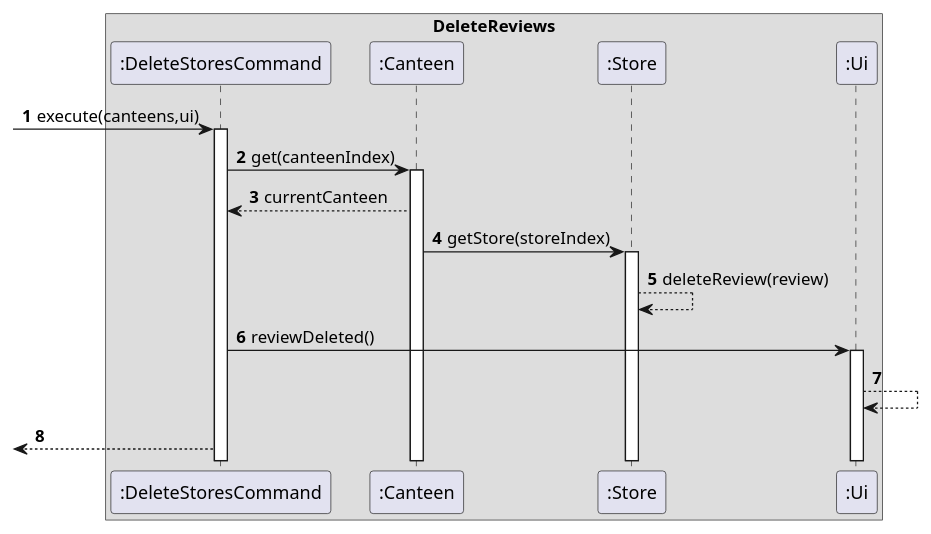
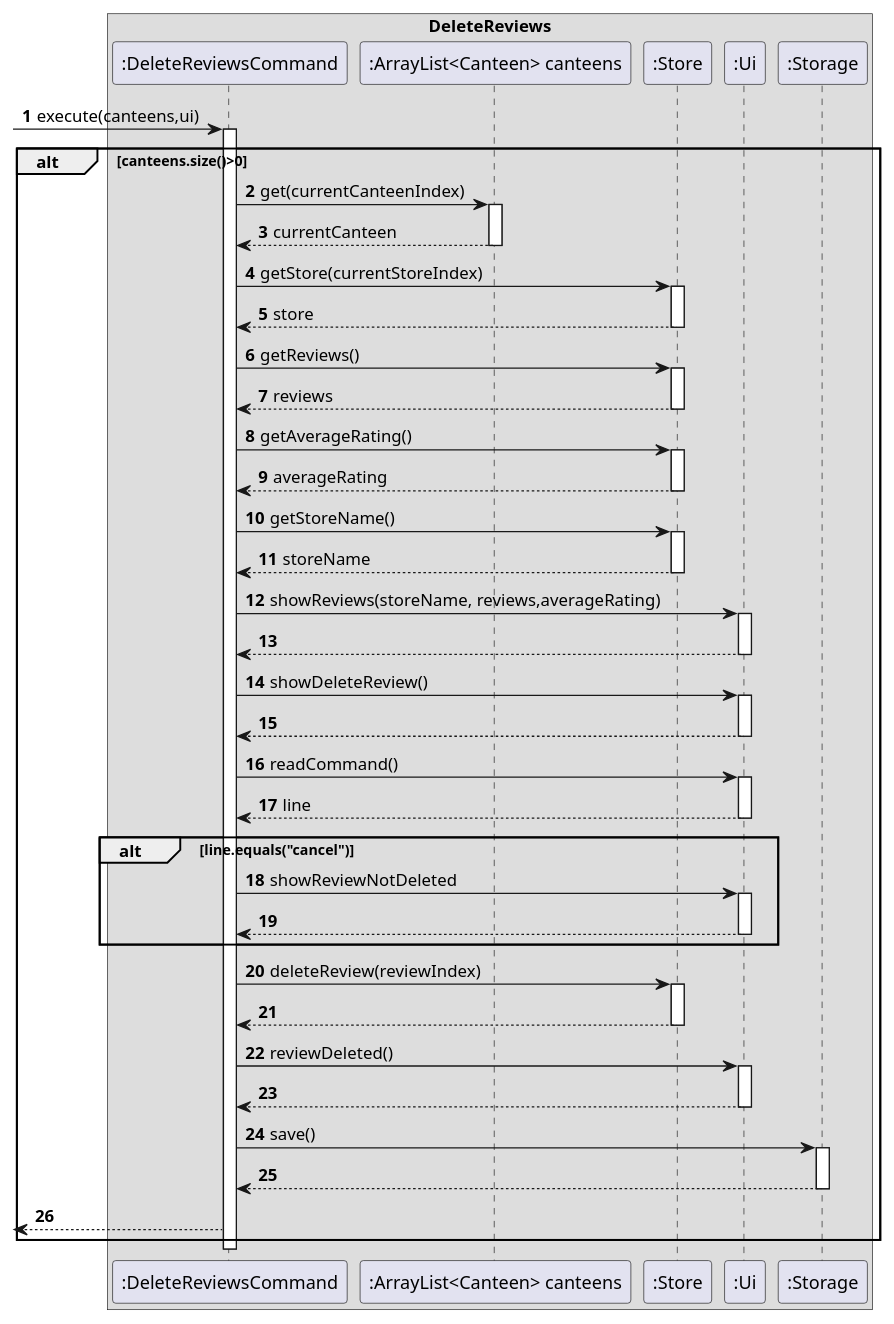
The diagram in docs/PlantUML/DeleteReviews.puml (nus-cs2113-AY2021S2/tp), drawn with PlantUML before and after one commit. The commit also changed 7 other files, not shown here.

Commit message:
edit sequence diagram

```diff
--- a/docs/PlantUML/DeleteReviews.puml
+++ b/docs/PlantUML/DeleteReviews.puml
@@ -1,19 +1,63 @@
 @startuml
 'https://plantuml.com/sequence-diagram
 
 autonumber
 box DeleteReviews
 
-->":DeleteStoresCommand": execute(canteens,ui)
-activate ":DeleteStoresCommand"
-":DeleteStoresCommand"->":Canteen":get(canteenIndex)
-activate ":Canteen"
-":Canteen"-->":DeleteStoresCommand":currentCanteen
-":Canteen"->":Store":getStore(storeIndex)
-activate ":Store"
-":Store"-->":Store":deleteReview(review)
-":DeleteStoresCommand"->":Ui":reviewDeleted()
-activate ":Ui"
-":Ui"-->":Ui"
-<--":DeleteStoresCommand"
+->":DeleteReviewsCommand": execute(canteens,ui)
+activate ":DeleteReviewsCommand"
+alt canteens.size()>0
+    ":DeleteReviewsCommand"->":ArrayList<Canteen> canteens":get(currentCanteenIndex)
+    activate ":ArrayList<Canteen> canteens"
+    ":ArrayList<Canteen> canteens"-->":DeleteReviewsCommand":currentCanteen
+    deactivate ":ArrayList<Canteen> canteens"
+    ":DeleteReviewsCommand"->":Store":getStore(currentStoreIndex)
+    activate ":Store"
+    ":Store"-->":DeleteReviewsCommand":store
+    deactivate ":Store"
+    ":DeleteReviewsCommand"->":Store":getReviews()
+    activate ":Store"
+    ":Store"-->":DeleteReviewsCommand":reviews
+    deactivate ":Store"
+    ":DeleteReviewsCommand"->":Store":getAverageRating()
+    activate ":Store"
+    ":Store"-->":DeleteReviewsCommand":averageRating
+    deactivate ":Store"
+    ":DeleteReviewsCommand"->":Store":getStoreName()
+    activate ":Store"
+    ":Store"-->":DeleteReviewsCommand":storeName
+    deactivate ":Store"
+    ":DeleteReviewsCommand"->":Ui":showReviews(storeName, reviews,averageRating)
+    activate ":Ui"
+    ":Ui"-->":DeleteReviewsCommand"
+    deactivate ":Ui"
+    ":DeleteReviewsCommand"->":Ui":showDeleteReview()
+    activate ":Ui"
+    ":Ui"-->":DeleteReviewsCommand"
+    deactivate ":Ui"
+    ":DeleteReviewsCommand"->":Ui":readCommand()
+    activate ":Ui"
+    ":Ui"-->":DeleteReviewsCommand":line
+    deactivate ":Ui"
+    alt line.equals("cancel")
+    ":DeleteReviewsCommand"->":Ui":showReviewNotDeleted
+    activate ":Ui"
+    ":Ui"-->":DeleteReviewsCommand"
+    deactivate ":Ui"
+    end
+    ":DeleteReviewsCommand"->":Store":deleteReview(reviewIndex)
+    activate ":Store"
+    ":Store"-->":DeleteReviewsCommand"
+    deactivate ":Store"
+    ":DeleteReviewsCommand"->":Ui":reviewDeleted()
+    activate ":Ui"
+    ":Ui"-->":DeleteReviewsCommand"
+    deactivate ":Ui"
+    ":DeleteReviewsCommand"->":Storage":save()
+    activate ":Storage"
+    ":Storage"-->":DeleteReviewsCommand"
+    deactivate ":Storage"
+    <--":DeleteReviewsCommand"
+end
+deactivate ":DeleteReviewsCommand"
 @enduml
```
